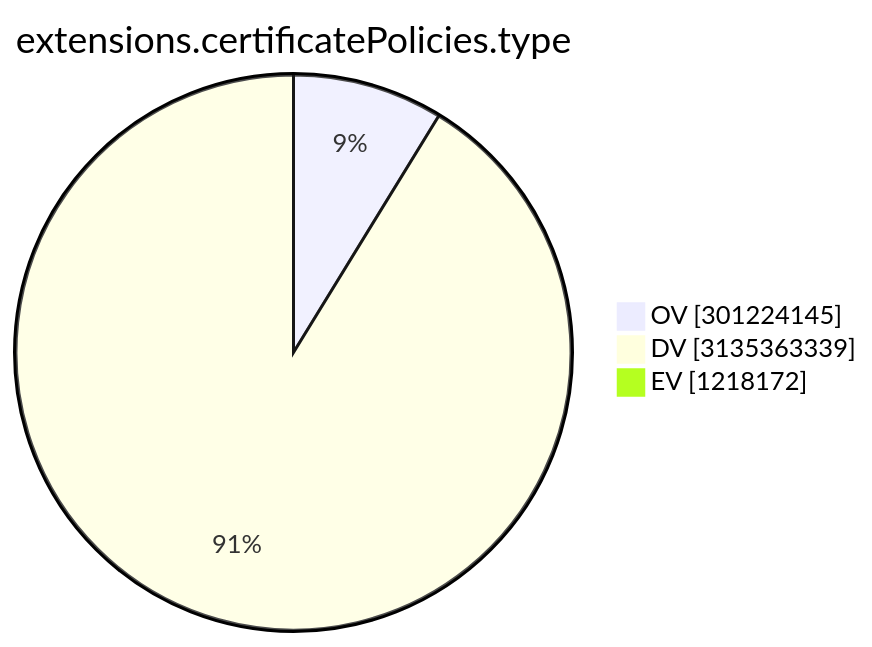
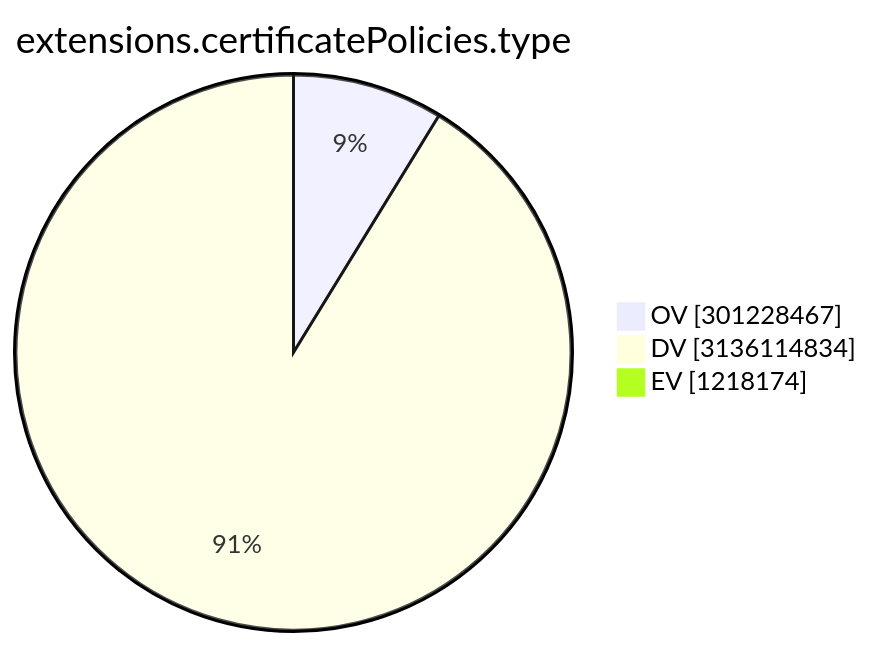
One commit to christiankrug/ctmonitor_visualization changed the ninth of 15 diagrams in TOTAL/README.md. Above: the diagram before and after it, drawn with Mermaid. The commit also changed other lines of this file, not shown here.

````diff
--- a/TOTAL/README.md
+++ b/TOTAL/README.md
@@ -3105,7 +3105,7 @@
 ```mermaid
 pie showData
 title extensions.certificatePolicies.type
-"OV" :301224145
-"DV" :3135363339
-"EV" :1218172
+"OV" :301228467
+"DV" :3136114834
+"EV" :1218174
 ```
````
